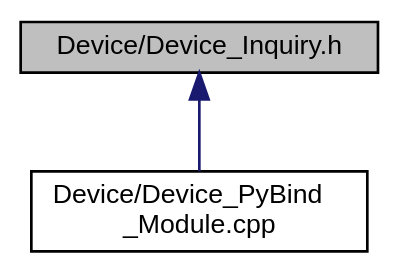
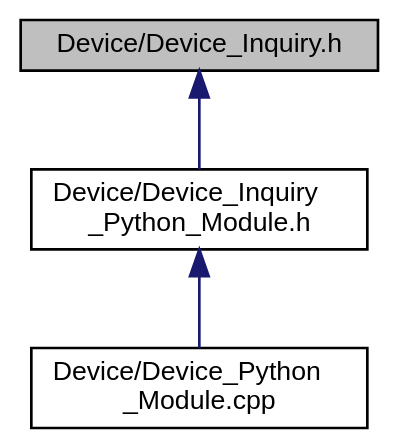
One commit to OsmanAEG/PySYCL changed the diagram in docs/PySYCL_doxygen_html/_device___inquiry_8h__dep__incl.dot. Above: the diagram before and after it, drawn with Graphviz. The commit also changed 150 other files, not shown here.

```diff
--- a/docs/PySYCL_doxygen_html/_device___inquiry_8h__dep__incl.dot
+++ b/docs/PySYCL_doxygen_html/_device___inquiry_8h__dep__incl.dot
@@ -1,11 +1,13 @@
 digraph "Device/Device_Inquiry.h"
 {
  // INTERACTIVE_SVG=YES
  // LATEX_PDF_SIZE
   bgcolor="transparent";
   edge [fontname="Helvetica",fontsize="10",labelfontname="Helvetica",labelfontsize="10"];
   node [fontname="Helvetica",fontsize="10",shape=record];
   Node1 [label="Device/Device_Inquiry.h",height=0.2,width=0.4,color="black", fillcolor="grey75", style="filled", fontcolor="black",tooltip="Collecting SYCL device availability and information."];
   Node1 -> Node2 [dir="back",color="midnightblue",fontsize="10",style="solid",fontname="Helvetica"];
-  Node2 [label="Device/Device_PyBind\l_Module.cpp",height=0.2,width=0.4,color="black",URL="$_device___py_bind___module_8cpp.html",tooltip="Python module for device in PySYCL."];
+  Node2 [label="Device/Device_Inquiry\l_Python_Module.h",height=0.2,width=0.4,color="black",URL="$_device___inquiry___python___module_8h.html",tooltip="Python module for device inquiry in PySYCL."];
+  Node2 -> Node3 [dir="back",color="midnightblue",fontsize="10",style="solid",fontname="Helvetica"];
+  Node3 [label="Device/Device_Python\l_Module.cpp",height=0.2,width=0.4,color="black",URL="$_device___python___module_8cpp.html",tooltip="Python module for device in PySYCL."];
 }
```
